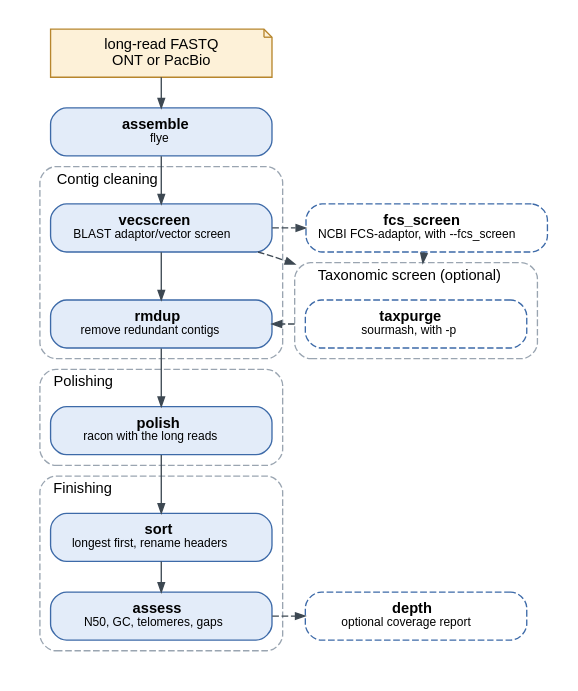
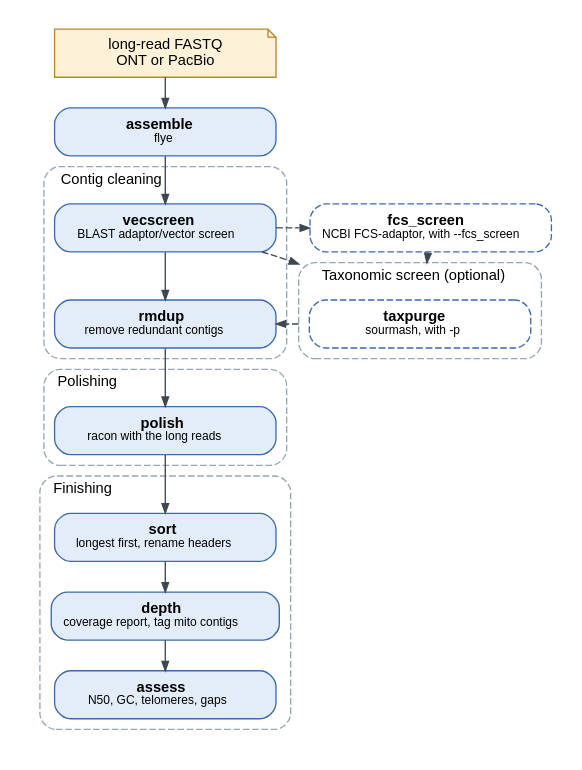
One commit to stajichlab/AAFTF changed the second of 3 diagrams in docs/workflow.rst. Above: the diagram before and after it, drawn with Graphviz. The commit also changed other lines of this file and 8 other files, not shown here.

```diff
--- a/docs/workflow.rst
+++ b/docs/workflow.rst
@@ -176,36 +175,34 @@
 .. graphviz::
    :align: center
 
    digraph pipeline_long {
        graph [compound=true, bgcolor="white", pad="0.2", fontname="Helvetica", fontsize=11, nodesep=0.35, ranksep=0.32, newrank=true, labeljust=l, color="#9aa5b1", style="rounded,dashed"]
        node [shape=box, style="rounded,filled", fillcolor="#e3ecf9", color="#3d6aa8", fontname="Helvetica", fontsize=11, width=2.3, height=0.5, margin="0.12,0.05"]
        edge [color="#3d4852", arrowsize=0.7, fontname="Helvetica", fontsize=9, fontcolor="#5f6b7a"]
        reads [label="long-read FASTQ\nONT or PacBio", shape=note, fillcolor="#fdf1d8", color="#b7862d"]
        assemble [label=<<b>assemble</b><br/><font point-size="9">flye</font>>]
        subgraph cluster_clean { label="Contig cleaning"
            vecscreen [label=<<b>vecscreen</b><br/><font point-size="9">BLAST adaptor/vector screen</font>>]
            rmdup [label=<<b>rmdup</b><br/><font point-size="9">remove redundant contigs</font>>]
        }
        subgraph cluster_taxonomy { label="Taxonomic screen (optional)"
            taxpurge [label=<<b>taxpurge</b><br/><font point-size="9">sourmash, with -p</font>>, style="rounded,dashed", fillcolor=white]
        }
        fcs_screen [label=<<b>fcs_screen</b><br/><font point-size="9">NCBI FCS-adaptor, with --fcs_screen</font>>, style="rounded,dashed", fillcolor=white]
        subgraph cluster_polish { label="Polishing"
            racon [label=<<b>polish</b><br/><font point-size="9">racon with the long reads</font>>]
        }
        subgraph cluster_finish { label="Finishing"
            sort [label=<<b>sort</b><br/><font point-size="9">longest first, rename headers</font>>]
+           depth [label=<<b>depth</b><br/><font point-size="9">coverage report, tag mito contigs</font>>]
            assess [label=<<b>assess</b><br/><font point-size="9">N50, GC, telomeres, gaps</font>>]
        }
-       depth [label=<<b>depth</b><br/><font point-size="9">optional coverage report</font>>, style="rounded,dashed", fillcolor=white]
 
-       reads -> assemble -> vecscreen -> rmdup -> racon -> sort -> assess [weight=10]
+       reads -> assemble -> vecscreen -> rmdup -> racon -> sort -> depth -> assess [weight=10]
        vecscreen -> fcs_screen [style=dashed]
        {rank=same; vecscreen; fcs_screen}
        vecscreen -> taxpurge [style=dashed, lhead=cluster_taxonomy]
        fcs_screen -> taxpurge [style=dashed, lhead=cluster_taxonomy, constraint=false]
        taxpurge -> rmdup [style=dashed, ltail=cluster_taxonomy]
-       assess -> depth [style=dashed]
        {rank=same; rmdup; taxpurge}
-       {rank=same; assess; depth}
    }
```
